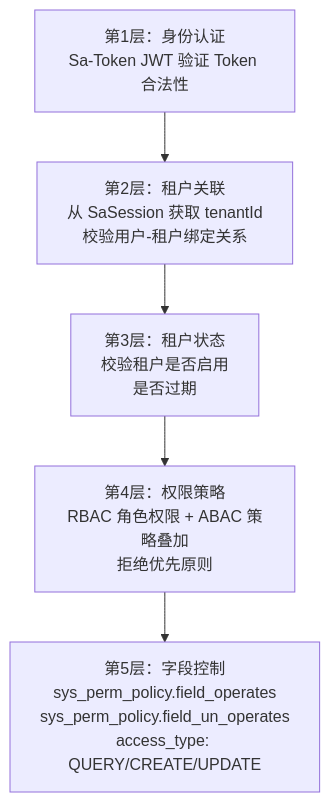
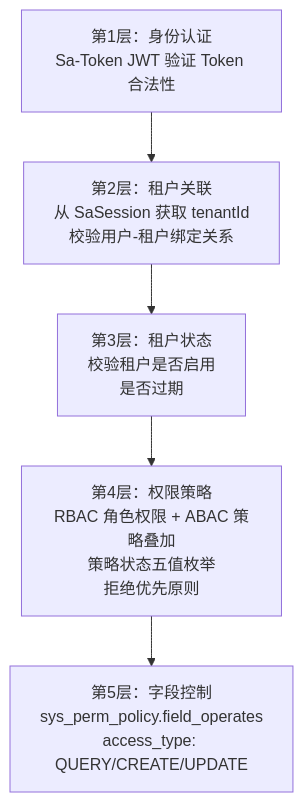
One commit to shy-doki/nexusix-platform changed the fourth of 4 diagrams in docs/HLD.md. Above: the diagram before and after it, drawn with Mermaid. The commit also changed other lines of this file and 7 other files, not shown here.

````diff
--- a/docs/HLD.md
+++ b/docs/HLD.md
@@ -387,7 +402,7 @@
 ```mermaid
 graph TD
     L1[第1层：身份认证<br/>Sa-Token JWT 验证 Token 合法性] --> L2[第2层：租户关联<br/>从 SaSession 获取 tenantId<br/>校验用户-租户绑定关系]
     L2 --> L3[第3层：租户状态<br/>校验租户是否启用<br/>是否过期]
-    L3 --> L4[第4层：权限策略<br/>RBAC 角色权限 + ABAC 策略叠加<br/>拒绝优先原则]
-    L4 --> L5[第5层：字段控制<br/>sys_perm_policy.field_operates<br/>sys_perm_policy.field_un_operates<br/>access_type: QUERY/CREATE/UPDATE]
+    L3 --> L4[第4层：权限策略<br/>RBAC 角色权限 + ABAC 策略叠加<br/>策略状态五值枚举<br/>拒绝优先原则]
+    L4 --> L5[第5层：字段控制<br/>sys_perm_policy.field_operates<br/>access_type: QUERY/CREATE/UPDATE]
 ```
````
